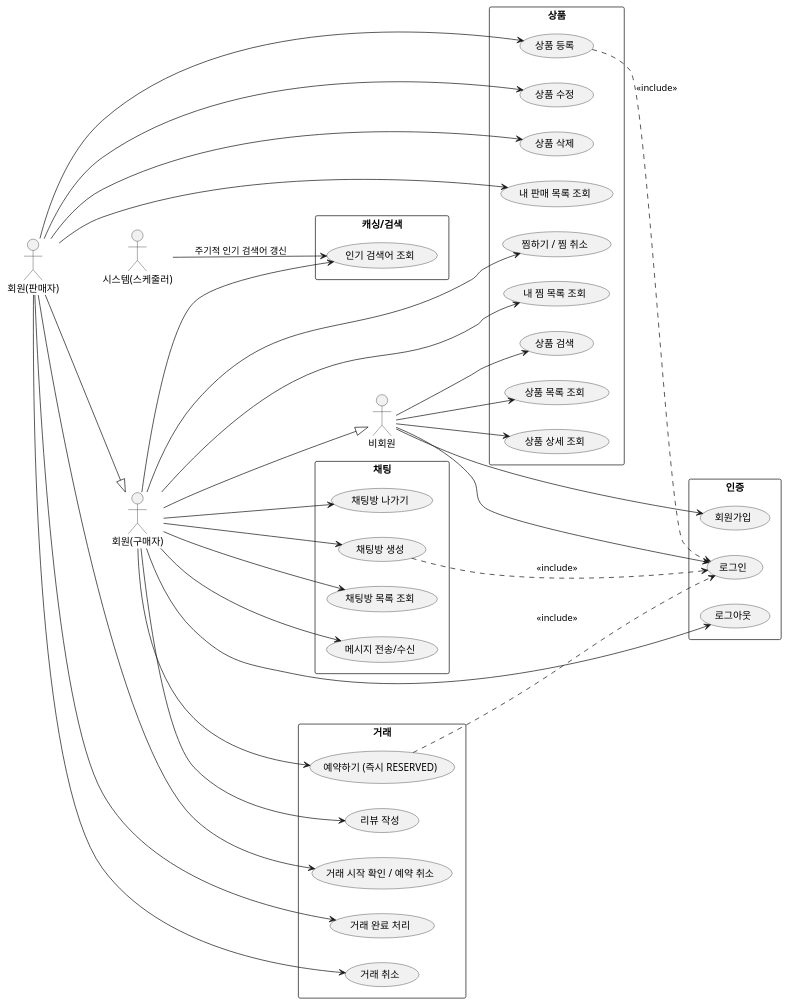
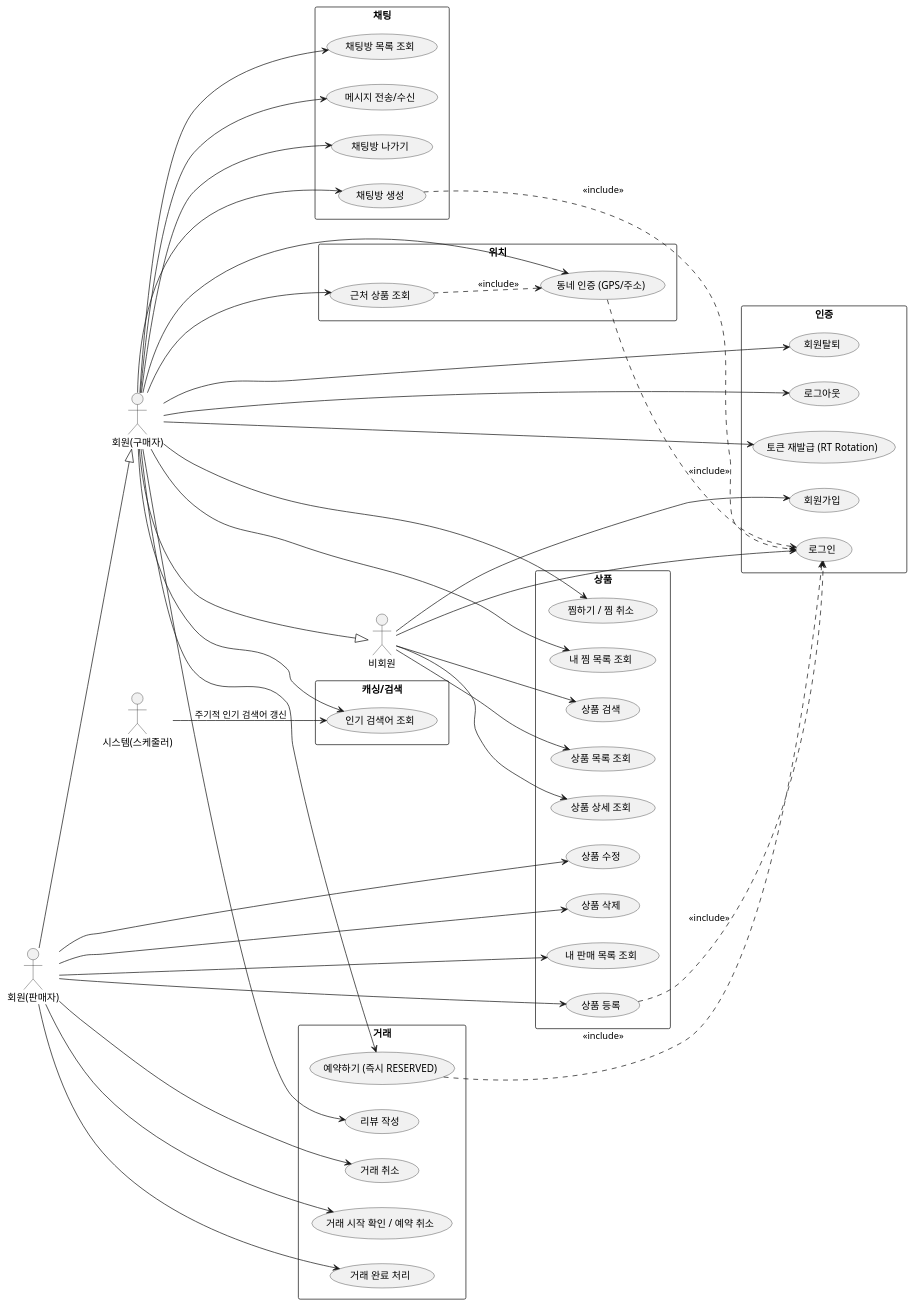
The first of 2 diagrams in docs/SA/03-유스케이스 명세서.md (Team-5th-Chat-prj/Team-5th), drawn with PlantUML before and after one commit. The commit also changed other lines of this file and 9 other files, not shown here.

```diff
--- a/docs/SA/03-유스케이스 명세서.md
+++ b/docs/SA/03-유스케이스 명세서.md
@@ -23,6 +23,8 @@
   usecase "회원가입" as UC01
   usecase "로그인" as UC02
   usecase "로그아웃" as UC03
+  usecase "토큰 재발급 (RT Rotation)" as UC04
+  usecase "회원탈퇴" as UC05
 }
 
 rectangle "상품" {
@@ -56,6 +58,11 @@
   usecase "인기 검색어 조회" as UC40
 }
 
+rectangle "위치" {
+  usecase "동네 인증 (GPS/주소)" as UC41
+  usecase "근처 상품 조회" as UC42
+}
+
 Guest --> UC01
 Guest --> UC02
 Guest --> UC10
@@ -63,6 +70,8 @@
 Guest --> UC12
 
 Buyer --> UC03
+Buyer --> UC04
+Buyer --> UC05
 Buyer --> UC16
 Buyer --> UC18
 Buyer --> UC20
@@ -83,6 +92,12 @@
 
 System --> UC40 : "주기적 인기 검색어 갱신"
 
+Buyer --> UC41
+Buyer --> UC42
+
+UC41 ..> UC02 : <<include>>
+UC42 ..> UC41 : <<include>>
+
 UC20 ..> UC02 : <<include>>
 UC13 ..> UC02 : <<include>>
 UC30 ..> UC02 : <<include>>
```
